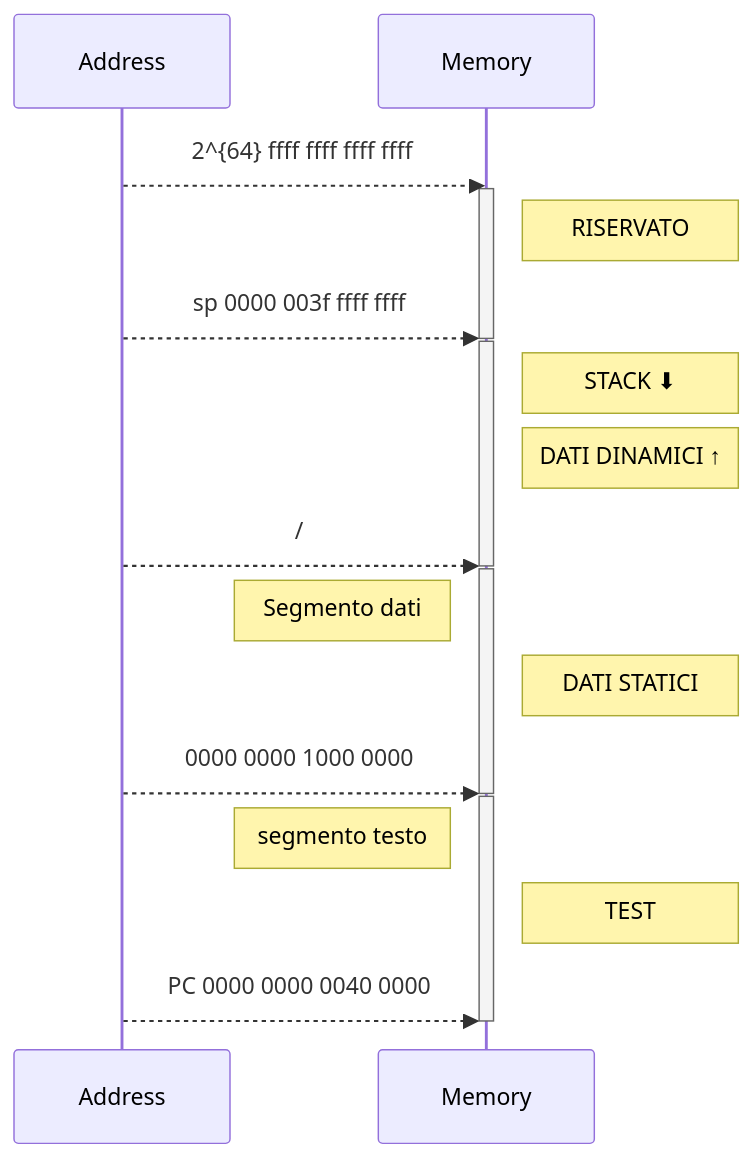
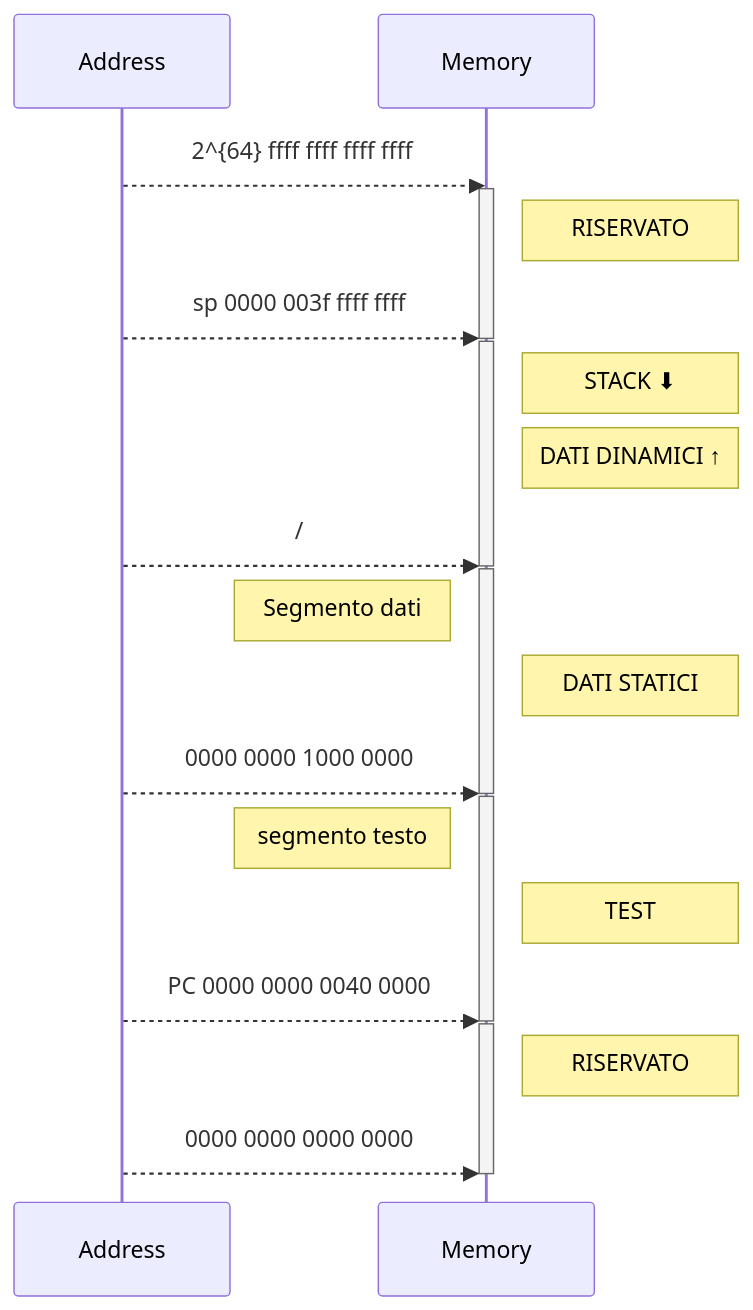
Before and after one commit to ErenKyojin/ACSO-polimi: the diagram in Architettura/memoria.md, drawn with Mermaid. The commit also changed other lines of this file, not shown here.

Commit message:
vault backup: 2022-09-27 18:18:18

````diff
--- a/Architettura/memoria.md
+++ b/Architettura/memoria.md
@@ -43,24 +43,28 @@
 ```mermaid
 sequenceDiagram
    Address -->> Memory: 2^{64} ffff ffff ffff ffff
    activate Memory
    Note right of Memory: RISERVATO
    Address -->> Memory: sp 0000 003f ffff ffff
    deactivate Memory
    activate Memory
    Note right of Memory: STACK ⬇
    Note right of Memory: DATI DINAMICI ↑
    Address -->> Memory: /
    deactivate Memory
    activate Memory
    note left of Memory: Segmento dati   
    note right of Memory: DATI STATICI
    Address -->> Memory: 0000 0000 1000 0000
    deactivate Memory
    activate Memory
    note left of Memory: segmento testo
    note right of Memory: TEST
    Address -->> Memory: PC 0000 0000 0040 0000
    deactivate Memory
+   activate Memory
+   note right of Memory: RISERVATO
+   Address -->> Memory: 0000 0000 0000 0000
+   deactivate Memory
 
 ```
````
